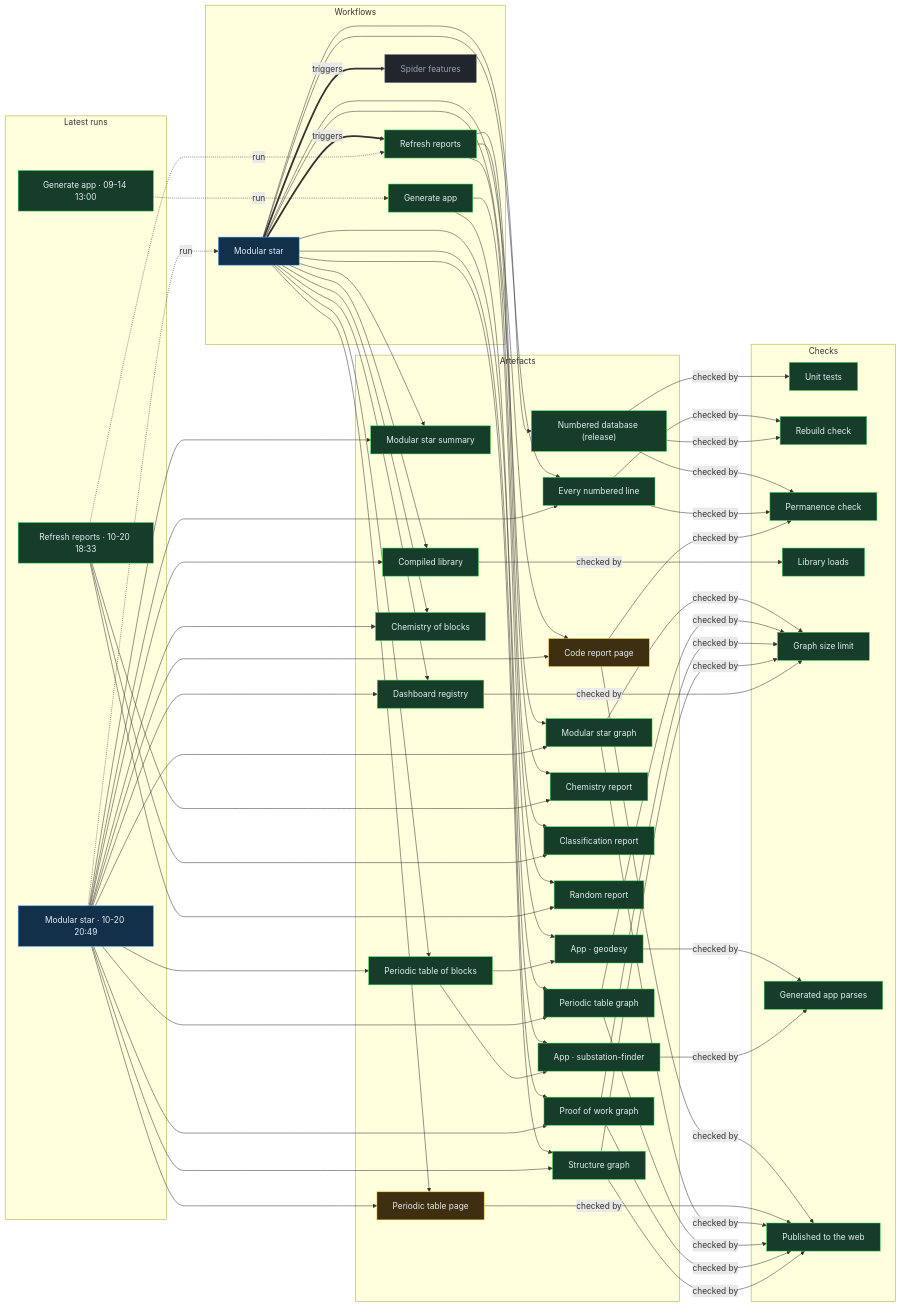
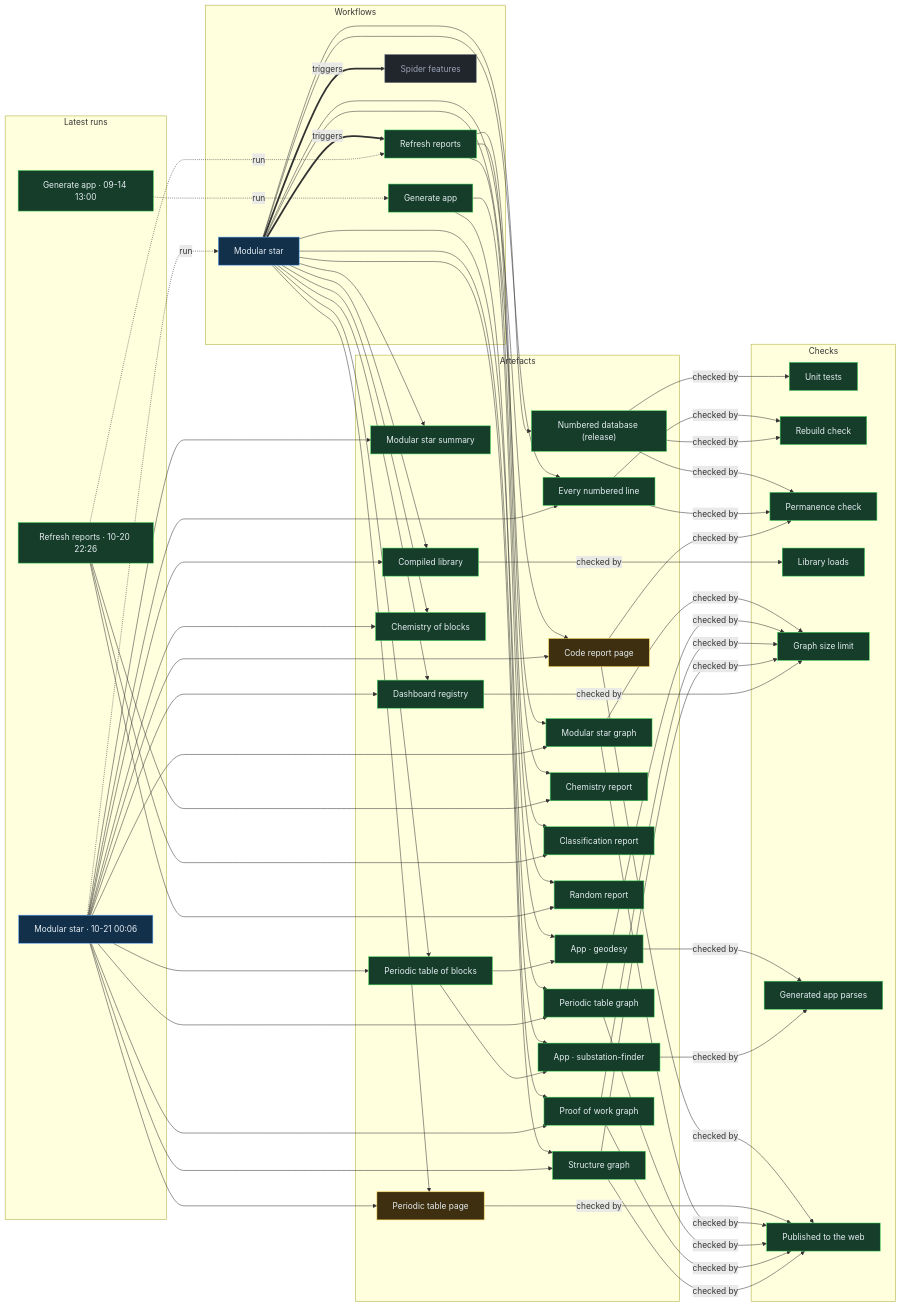
The diagram in proof/PROOF.md (Ventusltd/stars), drawn with Mermaid before and after one commit. The commit also changed other lines of this file and 44 other files, not shown here.

Commit message:
Modular star 2026-10-21T00:08Z

```diff
--- a/proof/PROOF.md
+++ b/proof/PROOF.md
@@ -24,8 +24,8 @@
   n_wf_spider_features["Spider features"]:::off
   end
   subgraph g_runs["Latest runs"]
-  n_run_39495326232["Modular star · 10-20 20:49"]:::live
-  n_run_39475732577["Refresh reports · 10-20 18:33"]:::ok
+  n_run_39519249113["Modular star · 10-21 00:06"]:::live
+  n_run_39508105007["Refresh reports · 10-20 22:26"]:::ok
   n_run_34846587798["Generate app · 09-14 13:00"]:::ok
   end
   subgraph g_artefacts["Artefacts"]
@@ -59,39 +59,39 @@
   end
   n_wf_modular_star == triggers ==> n_wf_refresh
   n_wf_modular_star == triggers ==> n_wf_spider_features
-  n_run_39495326232 -. run .-> n_wf_modular_star
-  n_run_39475732577 -. run .-> n_wf_refresh
+  n_run_39519249113 -. run .-> n_wf_modular_star
+  n_run_39508105007 -. run .-> n_wf_refresh
   n_run_34846587798 -. run .-> n_wf_generate
   n_wf_modular_star --> n_art_summary
-  n_run_39495326232 --> n_art_summary
+  n_run_39519249113 --> n_art_summary
   n_wf_modular_star --> n_art_lines
-  n_run_39495326232 --> n_art_lines
+  n_run_39519249113 --> n_art_lines
   n_wf_modular_star --> n_art_code
-  n_run_39495326232 --> n_art_code
+  n_run_39519249113 --> n_art_code
   n_wf_modular_star --> n_art_modular_graph
-  n_run_39495326232 --> n_art_modular_graph
+  n_run_39519249113 --> n_art_modular_graph
   n_wf_modular_star --> n_art_blocks
-  n_run_39495326232 --> n_art_blocks
+  n_run_39519249113 --> n_art_blocks
   n_wf_modular_star --> n_art_table
-  n_run_39495326232 --> n_art_table
+  n_run_39519249113 --> n_art_table
   n_wf_modular_star --> n_art_blocks_graph
-  n_run_39495326232 --> n_art_blocks_graph
+  n_run_39519249113 --> n_art_blocks_graph
   n_wf_modular_star --> n_art_reactions
-  n_run_39495326232 --> n_art_reactions
+  n_run_39519249113 --> n_art_reactions
   n_wf_modular_star --> n_art_library
-  n_run_39495326232 --> n_art_library
+  n_run_39519249113 --> n_art_library
   n_wf_modular_star --> n_art_features
-  n_run_39495326232 --> n_art_features
+  n_run_39519249113 --> n_art_features
   n_wf_modular_star --> n_art_proof
-  n_run_39495326232 --> n_art_proof
+  n_run_39519249113 --> n_art_proof
   n_wf_modular_star --> n_art_structure
-  n_run_39495326232 --> n_art_structure
+  n_run_39519249113 --> n_art_structure
   n_wf_refresh --> n_art_chemistry
-  n_run_39475732577 --> n_art_chemistry
+  n_run_39508105007 --> n_art_chemistry
   n_wf_refresh --> n_art_vedic
-  n_run_39475732577 --> n_art_vedic
+  n_run_39508105007 --> n_art_vedic
   n_wf_refresh --> n_art_random
-  n_run_39475732577 --> n_art_random
+  n_run_39508105007 --> n_art_random
   n_wf_modular_star --> n_art_release
   n_wf_generate --> n_app_geodesy
   n_art_blocks --> n_app_geodesy
```
